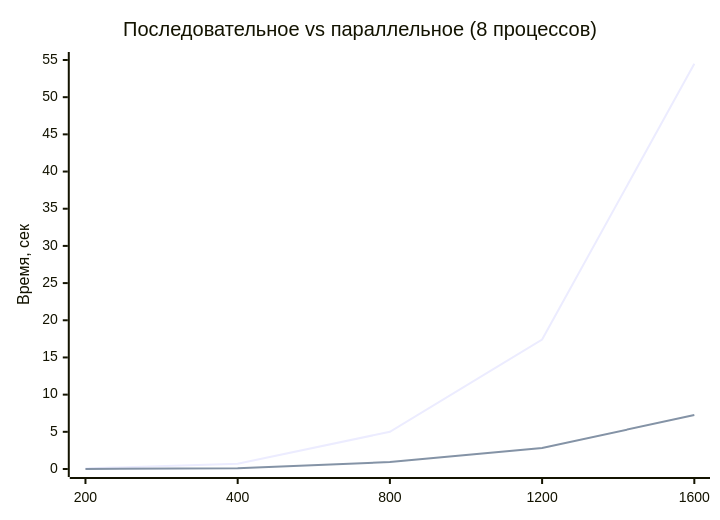
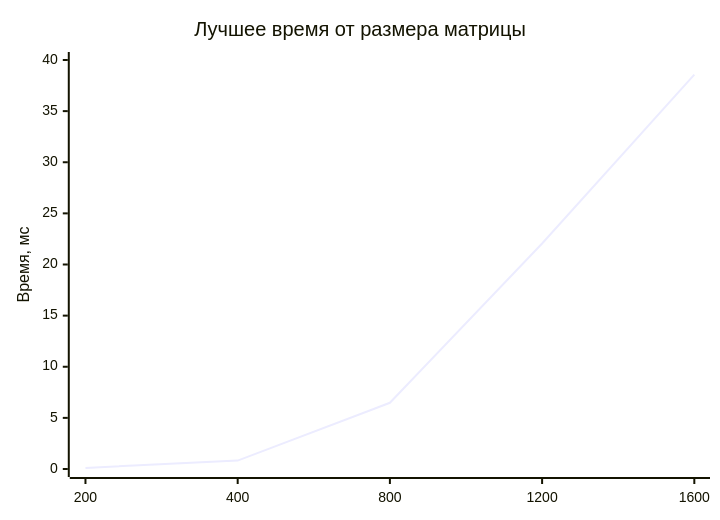
Before and after one commit to sanek4338/Parallelnoe_Programming: the sixth of 7 diagrams in README.md, drawn with Mermaid. The commit also changed other lines of this file and 3 other files, not shown here.

````diff
--- a/README.md
+++ b/README.md
@@ -117,8 +205,7 @@
 ```mermaid
 xychart-beta
-    title "Последовательное vs параллельное (8 процессов)"
+    title "Лучшее время от размера матрицы"
     x-axis [200, 400, 800, 1200, 1600]
-    y-axis "Время, сек" 0 --> 55
-    line "1 процесс" [0.0822348, 0.6928440, 5.0087800, 17.4047000, 54.4905000]
-    line "8 процессов" [0.0109520, 0.0936665, 0.9304190, 2.8259900, 7.2509100]
+    y-axis "Время, мс" 0 --> 40
+    line "Лучшее время" [0.1096, 0.820416, 6.4737, 22.0584, 38.57]
 ```
````
